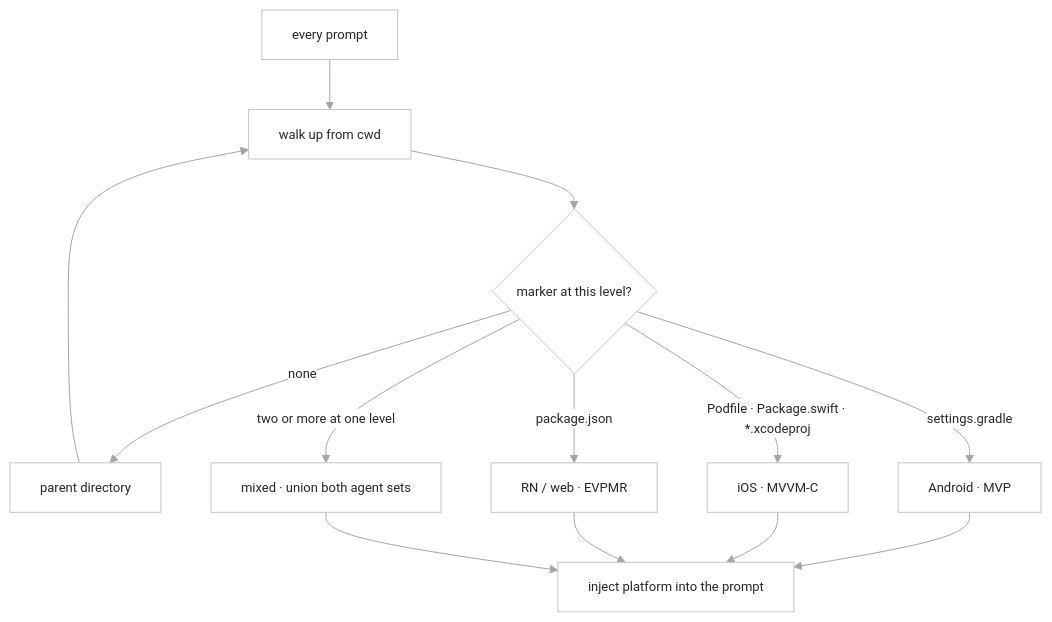
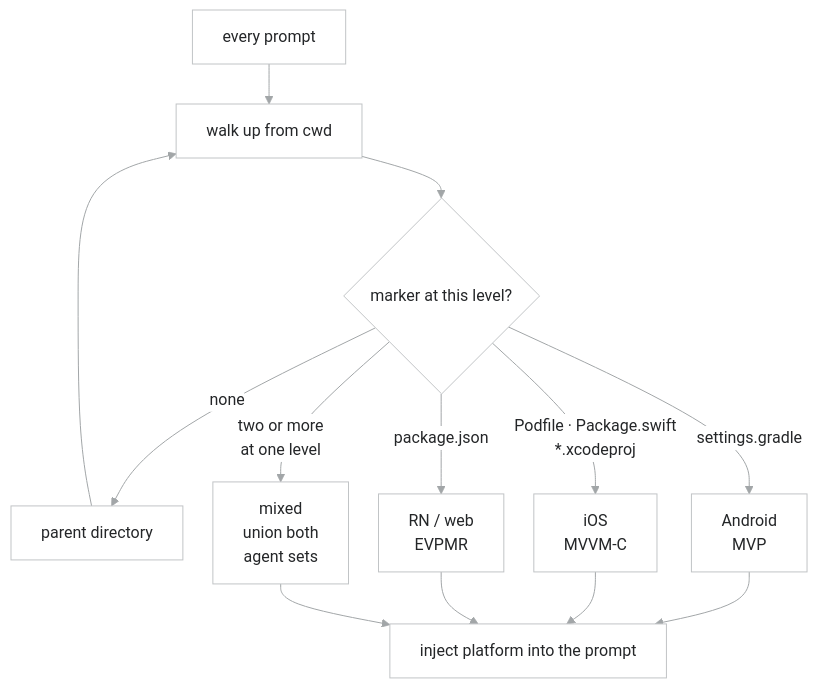
The third of 17 diagrams in README.md (raditia/CraftKit), drawn with Mermaid before and after one commit. The commit also changed other lines of this file, not shown here.

First line of the commit message:
docs: make README diagrams readable at GitHub width

````diff
--- a/README.md
+++ b/README.md
@@ -326,35 +344,37 @@
 ```mermaid
 ---
 config:
   theme: base
   look: classic
   fontFamily: "-apple-system, BlinkMacSystemFont, Segoe UI, Helvetica, Arial, sans-serif"
   themeVariables:
     fontFamily: "-apple-system, BlinkMacSystemFont, Segoe UI, Helvetica, Arial, sans-serif"
-    fontSize: 13px
+    fontSize: 16px
     primaryColor: "#FFFFFF"
     primaryBorderColor: "#C1C4C6"
     primaryTextColor: "#242628"
     lineColor: "#A2A6A8"
     clusterBkg: "#F5FBFF"
     clusterBorder: "#F0F1F2"
     titleColor: "#707577"
     edgeLabelBackground: "#FFFFFF"
   flowchart:
     curve: basis
-    wrappingWidth: 640
+    wrappingWidth: 240
+    nodeSpacing: 30
+    rankSpacing: 40
 ---
 flowchart TD
     S["every prompt"] --> W["walk up from cwd"]
     W --> C{"marker at this level?"}
     C -->|"none"| U["parent directory"]
     U --> W
-    C -->|"settings.gradle"| A["Android · MVP"]
-    C -->|"Podfile · Package.swift · *.xcodeproj"| I["iOS · MVVM-C"]
-    C -->|"package.json"| R["RN / web · EVPMR"]
-    C -->|"two or more at one level"| M["mixed · union both agent sets"]
+    C -->|"settings.gradle"| A["Android<br/>MVP"]
+    C -->|"Podfile · Package.swift<br/>*.xcodeproj"| I["iOS<br/>MVVM-C"]
+    C -->|"package.json"| R["RN / web<br/>EVPMR"]
+    C -->|"two or more<br/>at one level"| M["mixed<br/>union both<br/>agent sets"]
     A --> INJ["inject platform into the prompt"]
     I --> INJ
     R --> INJ
     M --> INJ
 ```
````
